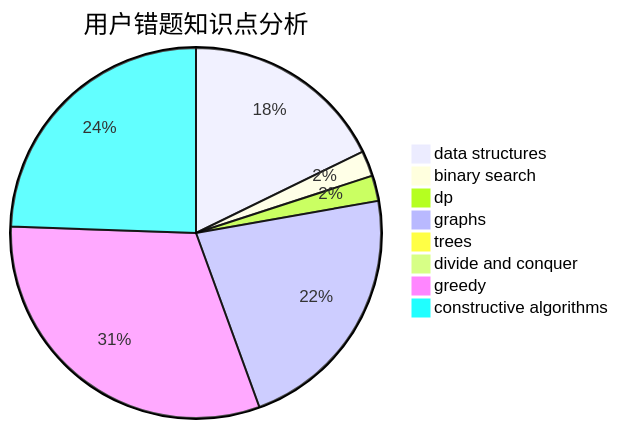
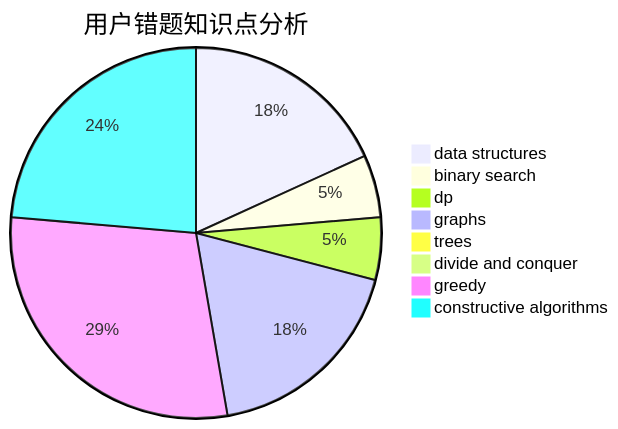
The third of 3 diagrams in docs/user/u1798.md (sherpahu/cfrs.github.io), drawn with Mermaid before and after one commit. The commit also changed other lines of this file and 2770 other files, not shown here.

````diff
--- a/docs/user/u1798.md
+++ b/docs/user/u1798.md
@@ -36,11 +36,11 @@
 ```mermaid
 pie title 用户错题知识点分析
-    "data structures" :  8
-    "binary search" :  1
-    "dp" :  1
+    "data structures" :  10
+    "binary search" :  3
+    "dp" :  3
     "graphs" :  10
     "trees" :  0
     "divide and conquer" :  0
-    "greedy" :  14
-    "constructive algorithms" :  11
+    "greedy" :  16
+    "constructive algorithms" :  13
 ```
````
